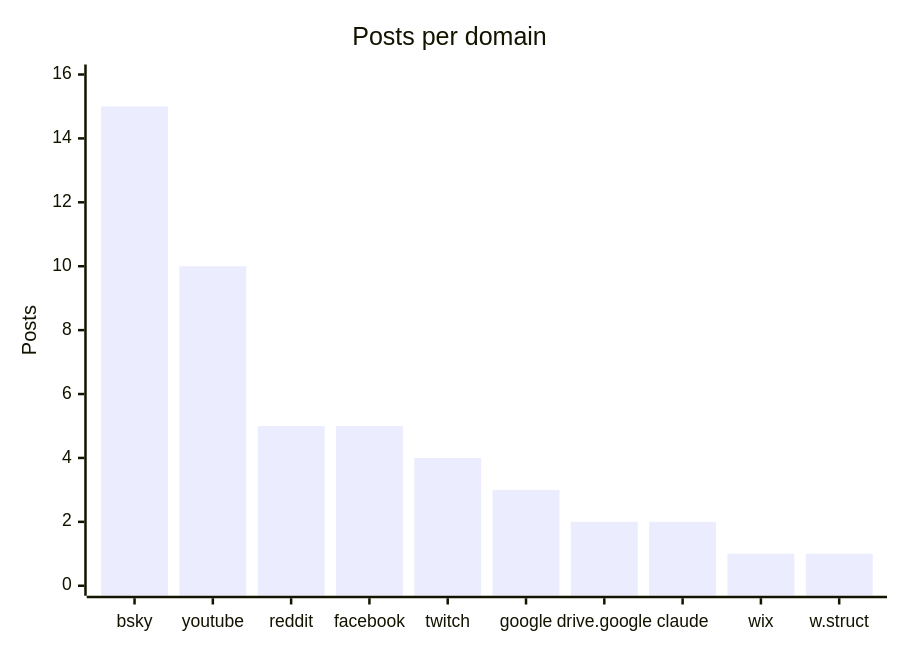
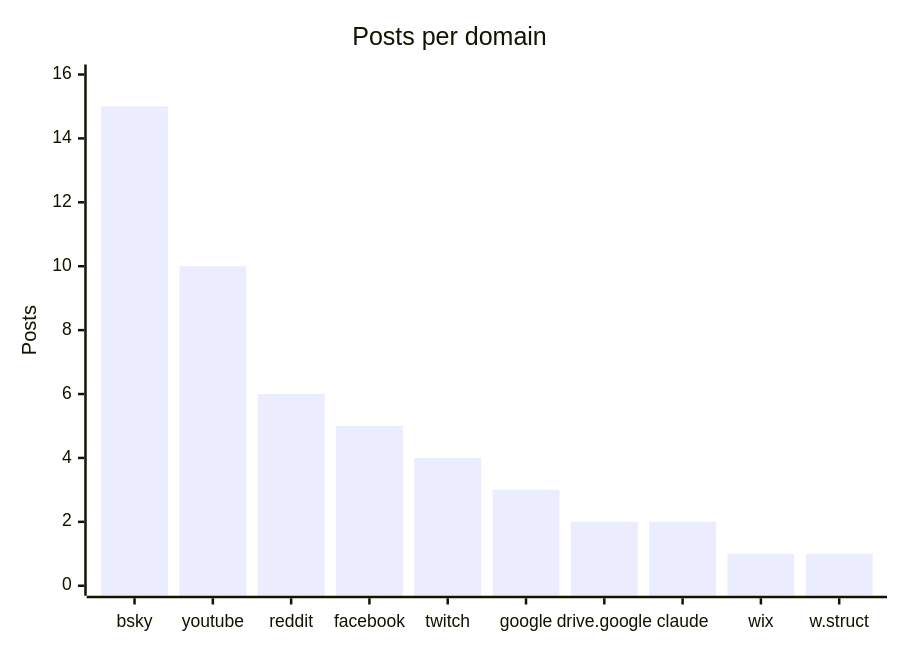
One commit to martinbalfanz/social-scanner-reports changed the fourth of 4 diagrams in README.md. Above: the diagram before and after it, drawn with Mermaid. The commit also changed other lines of this file and 2 other files, not shown here.

````diff
--- a/README.md
+++ b/README.md
@@ -58,7 +58,7 @@
 ```mermaid
 xychart-beta
     title "Posts per domain"
     x-axis ["bsky", "youtube", "reddit", "facebook", "twitch", "google", "drive.google", "claude", "wix", "w.struct"]
     y-axis "Posts" 0 --> 16
-    bar [15, 10, 5, 5, 4, 3, 2, 2, 1, 1]
+    bar [15, 10, 6, 5, 4, 3, 2, 2, 1, 1]
 ```
````
